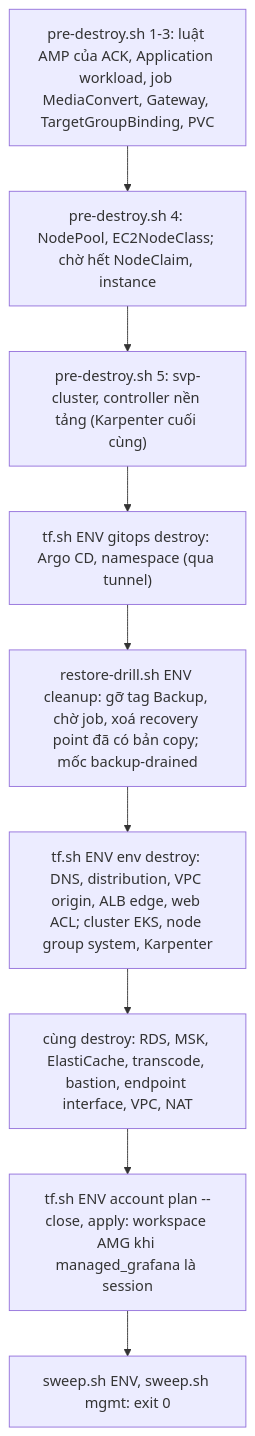
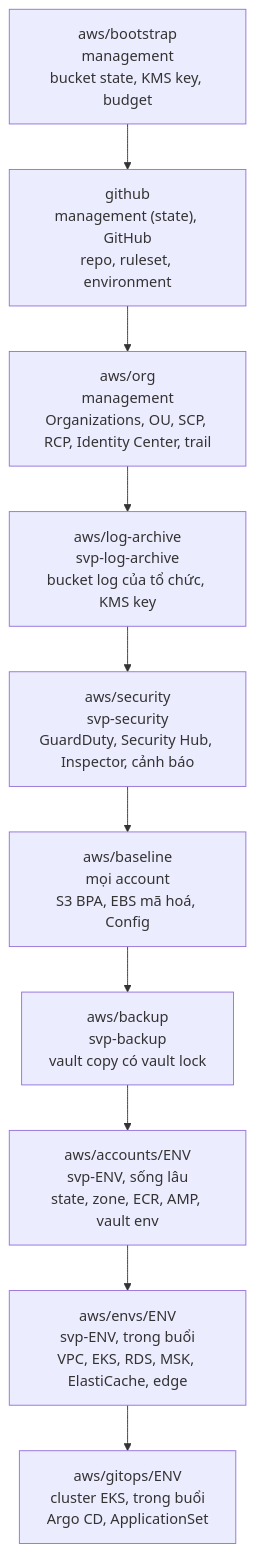
The first of 2 diagrams in README.md (anhnvcoder/svp-infra), drawn with Mermaid before and after one commit. The commit also changed other lines of this file and 25 other files, not shown here.

Commit message:
docs: rebuild entry, D2 diagram tooling and aws/security pilot chapter

````diff
--- a/README.md
+++ b/README.md
@@ -782,11 +15,12 @@
 ```mermaid
 flowchart TD
-    A["pre-destroy.sh 1-3: luật AMP của ACK, Application workload, job MediaConvert, Gateway, TargetGroupBinding, PVC"] --> B["pre-destroy.sh 4: NodePool, EC2NodeClass; chờ hết NodeClaim, instance"]
-    B --> C["pre-destroy.sh 5: svp-cluster, controller nền tảng (Karpenter cuối cùng)"]
-    C --> D["tf.sh ENV gitops destroy: Argo CD, namespace (qua tunnel)"]
-    D --> X["restore-drill.sh ENV cleanup: gỡ tag Backup, chờ job, xoá recovery point đã có bản copy; mốc backup-drained"]
-    X --> E["tf.sh ENV env destroy: DNS, distribution, VPC origin, ALB edge, web ACL; cluster EKS, node group system, Karpenter"]
-    E --> F["cùng destroy: RDS, MSK, ElastiCache, transcode, bastion, endpoint interface, VPC, NAT"]
-    F --> H["tf.sh ENV account plan --close, apply: workspace AMG khi managed_grafana là session"]
-    H --> G["sweep.sh ENV, sweep.sh mgmt: exit 0"]
+    B["aws/bootstrap<br/>management<br/>bucket state, KMS key, budget"] --> G["github<br/>management (state), GitHub<br/>repo, ruleset, environment"]
+    G --> O["aws/org<br/>management<br/>Organizations, OU, SCP, RCP, Identity Center, trail"]
+    O --> L["aws/log-archive<br/>svp-log-archive<br/>bucket log của tổ chức, KMS key"]
+    L --> S["aws/security<br/>svp-security<br/>GuardDuty, Security Hub, Inspector, cảnh báo"]
+    S --> BL["aws/baseline<br/>mọi account<br/>S3 BPA, EBS mã hoá, Config"]
+    BL --> BK["aws/backup<br/>svp-backup<br/>vault copy có vault lock"]
+    BK --> A["aws/accounts/ENV<br/>svp-ENV, sống lâu<br/>state, zone, ECR, AMP, vault env"]
+    A --> E["aws/envs/ENV<br/>svp-ENV, trong buổi<br/>VPC, EKS, RDS, MSK, ElastiCache, edge"]
+    E --> GO["aws/gitops/ENV<br/>cluster EKS, trong buổi<br/>Argo CD, ApplicationSet"]
 ```
````
